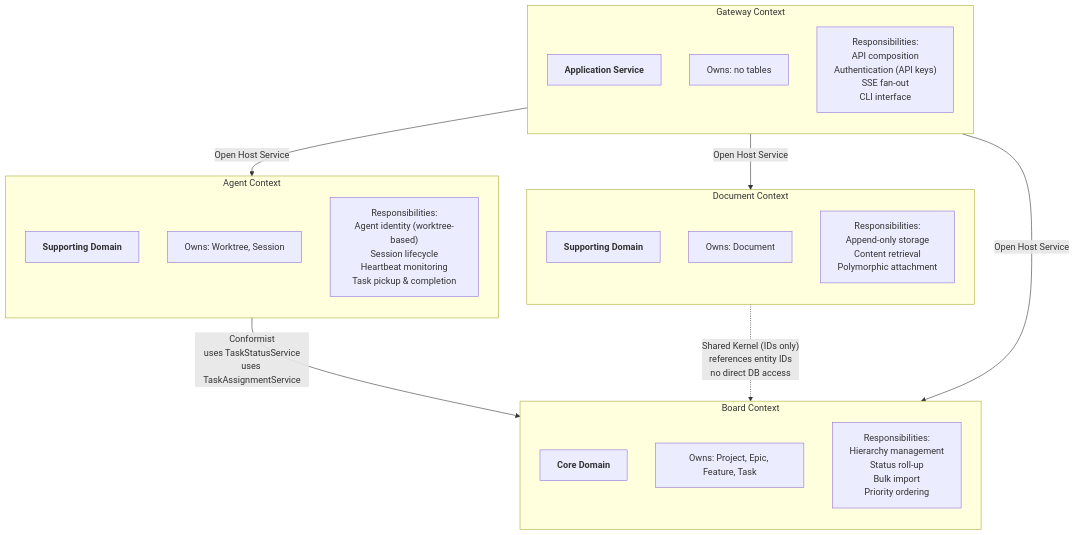
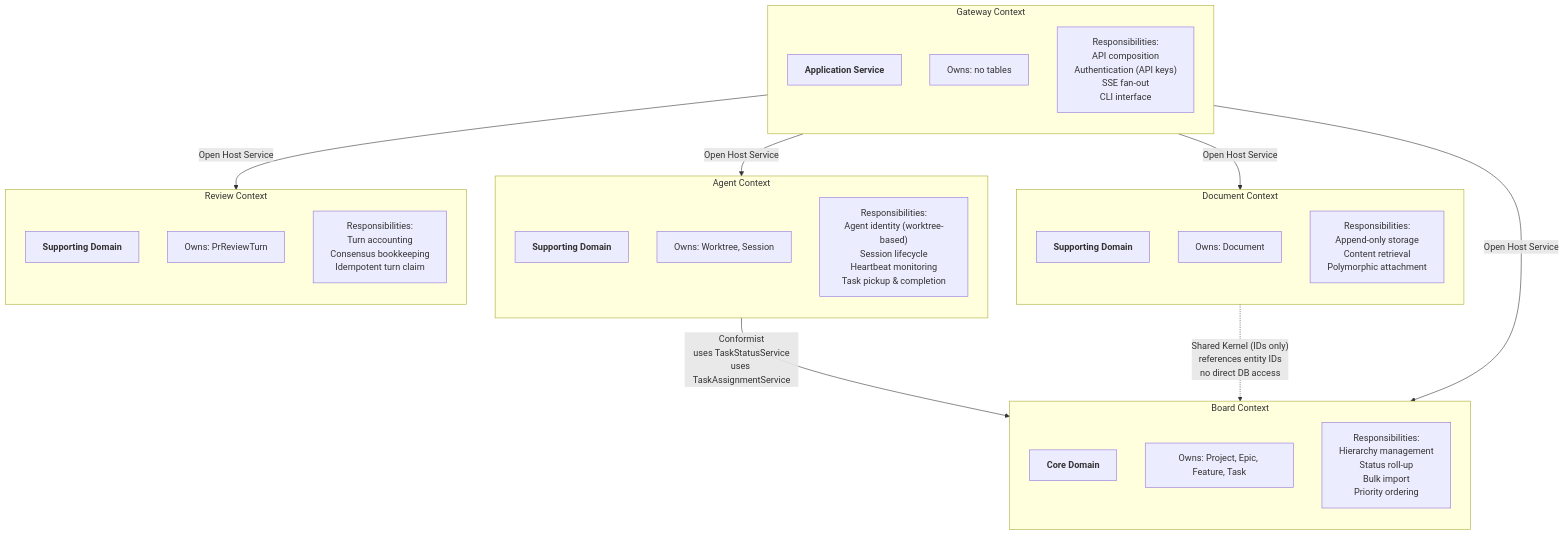
Before and after one commit to sachinkundu/cloglog: the diagram in docs/ddd-context-map.md, drawn with Mermaid. The commit also changed other lines of this file and 24 other files, not shown here.

````diff
--- a/docs/ddd-context-map.md
+++ b/docs/ddd-context-map.md
@@ -5,36 +5,44 @@
 ```mermaid
 graph TB
     subgraph Board["Board Context"]
         direction TB
         B1["<b>Core Domain</b>"]
         B2["Owns: Project, Epic, Feature, Task"]
         B3["Responsibilities:<br/>Hierarchy management<br/>Status roll-up<br/>Bulk import<br/>Priority ordering"]
     end
 
     subgraph Agent["Agent Context"]
         direction TB
         A1["<b>Supporting Domain</b>"]
         A2["Owns: Worktree, Session"]
         A3["Responsibilities:<br/>Agent identity (worktree-based)<br/>Session lifecycle<br/>Heartbeat monitoring<br/>Task pickup & completion"]
     end
 
     subgraph Document["Document Context"]
         direction TB
         D1["<b>Supporting Domain</b>"]
         D2["Owns: Document"]
         D3["Responsibilities:<br/>Append-only storage<br/>Content retrieval<br/>Polymorphic attachment"]
     end
 
     subgraph Gateway["Gateway Context"]
         direction TB
         G1["<b>Application Service</b>"]
         G2["Owns: no tables"]
         G3["Responsibilities:<br/>API composition<br/>Authentication (API keys)<br/>SSE fan-out<br/>CLI interface"]
     end
 
+    subgraph Review["Review Context"]
+        direction TB
+        R1["<b>Supporting Domain</b>"]
+        R2["Owns: PrReviewTurn"]
+        R3["Responsibilities:<br/>Turn accounting<br/>Consensus bookkeeping<br/>Idempotent turn claim"]
+    end
+
     Agent -->|"Conformist<br/>uses TaskStatusService<br/>uses TaskAssignmentService"| Board
     Document -.->|"Shared Kernel (IDs only)<br/>references entity IDs<br/>no direct DB access"| Board
     Gateway -->|"Open Host Service"| Board
     Gateway -->|"Open Host Service"| Agent
     Gateway -->|"Open Host Service"| Document
+    Gateway -->|"Open Host Service"| Review
 ```
````
